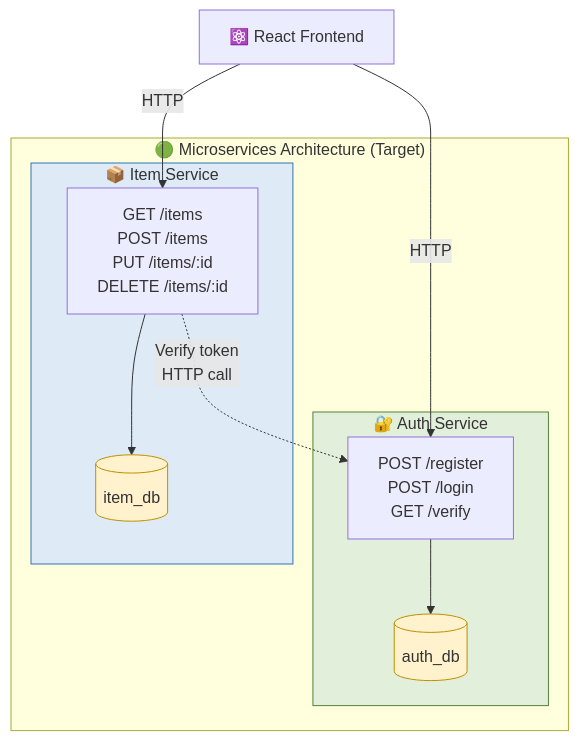
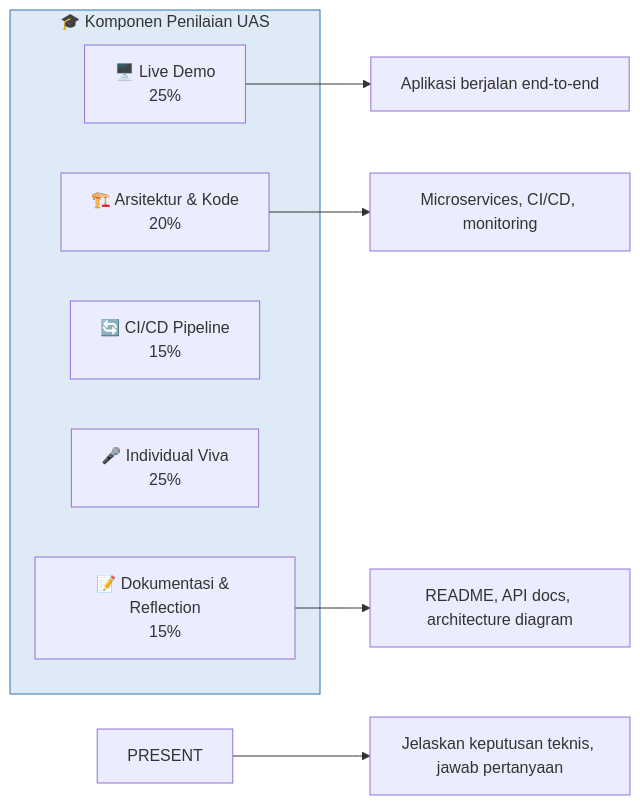
The second of 2 diagrams in materi-baru.md (aidilsaputrakirsan/webVisualisasi), drawn with Mermaid before and after one commit. The commit also changed other lines of this file and 24 other files, not shown here.

````diff
--- a/materi-baru.md
+++ b/materi-baru.md
@@ -102,25 +162,17 @@
 ```mermaid
-flowchart TD
-    subgraph MS ["🟢 Microservices Architecture (Target)"]
-        subgraph AUTH_SVC ["🔐 Auth Service"]
-            A_API["POST /register<br/>POST /login<br/>GET /verify"]
-            A_DB[("auth_db")]
-            A_API --> A_DB
-        end
-
-        subgraph ITEM_SVC ["📦 Item Service"]
-            I_API["GET /items<br/>POST /items<br/>PUT /items/:id<br/>DELETE /items/:id"]
-            I_DB[("item_db")]
-            I_API --> I_DB
-        end
+flowchart LR
+    subgraph UAS ["🎓 Komponen Penilaian UAS"]
+        DEMO["🖥️ Live Demo<br/>25%"]
+        ARCH["🏗️ Arsitektur & Kode<br/>20%"]
+        CICD["🔄 CI/CD Pipeline<br/>15%"]
+        VIVA["🎤 Individual Viva<br/>25%"]
+        DOCS["📝 Dokumentasi & Reflection<br/>15%"]
     end
 
-    FE["⚛️ React Frontend"] -->|"HTTP"| A_API
-    FE -->|"HTTP"| I_API
-    I_API -.->|"Verify token<br/>HTTP call"| A_API
+    DEMO --> D1["Aplikasi berjalan end-to-end"]
+    ARCH --> D2["Microservices, CI/CD, monitoring"]
+    DOCS --> D3["README, API docs, architecture diagram"]
+    PRESENT --> D4["Jelaskan keputusan teknis, jawab pertanyaan"]
 
-    style AUTH_SVC fill:#E2EFDA,stroke:#548235
-    style ITEM_SVC fill:#DEEBF7,stroke:#2E75B6
-    style A_DB fill:#FFF2CC,stroke:#BF8F00
-    style I_DB fill:#FFF2CC,stroke:#BF8F00
+    style UAS fill:#DEEBF7,stroke:#2E75B6
 ```
````
